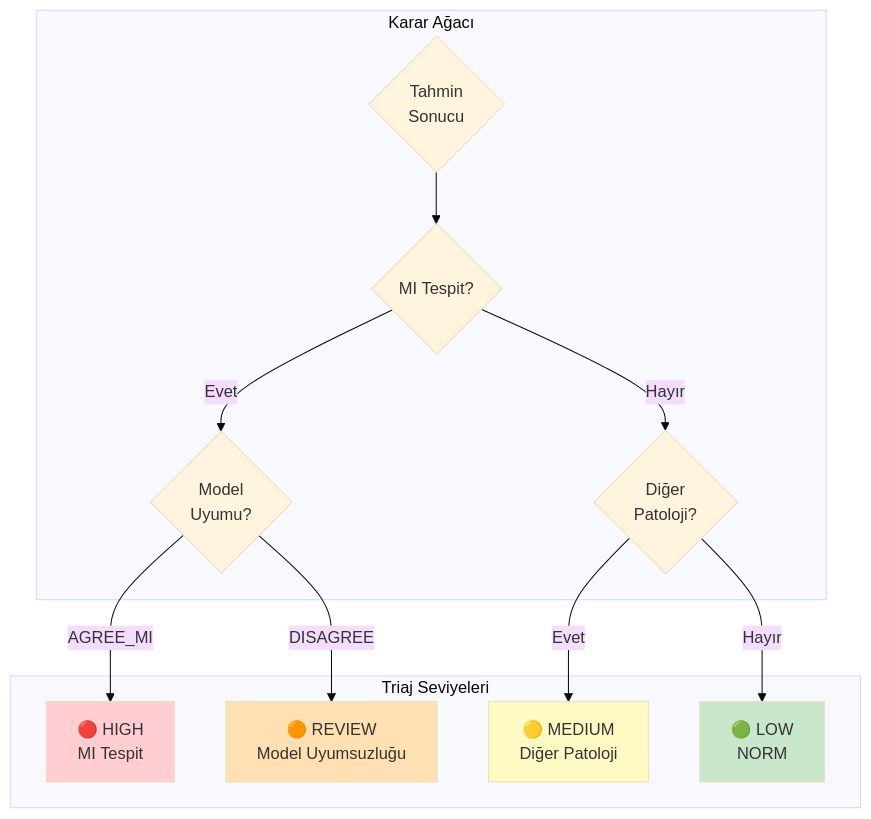
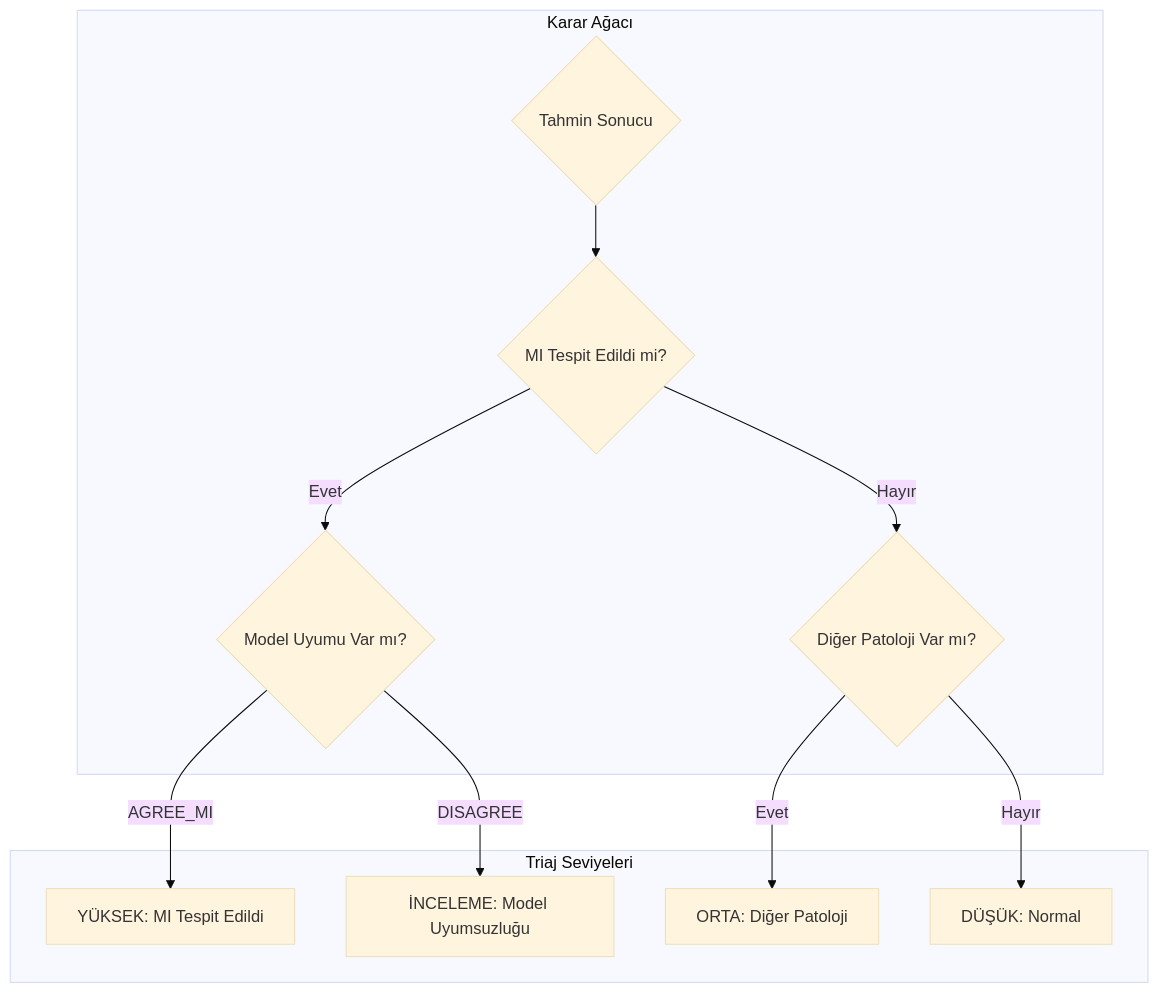
One commit to mUsaulug/CardioGuard-AI changed the seventh of 8 diagrams in docs/diagrams/02_use_case_diagram.md. Above: the diagram before and after it, drawn with Mermaid (base theme). The commit also changed other lines of this file and 5 other files, not shown here.

````diff
--- a/docs/diagrams/02_use_case_diagram.md
+++ b/docs/diagrams/02_use_case_diagram.md
@@ -387,31 +331,26 @@
 ```mermaid
 graph TD
-    subgraph Karar Ağacı
-        START{Tahmin<br/>Sonucu}
-        MI_CHECK{MI Tespit?}
-        OTHER_CHECK{Diğer<br/>Patoloji?}
-        AGREE_CHECK{Model<br/>Uyumu?}
+    subgraph Karar_Agaci["Karar Ağacı"]
+        START{"Tahmin Sonucu"}
+        MI_CHECK{"MI Tespit Edildi mi?"}
+        OTHER_CHECK{"Diğer Patoloji Var mı?"}
+        AGREE_CHECK{"Model Uyumu Var mı?"}
     end
     
-    subgraph Triaj Seviyeleri
-        HIGH["🔴 HIGH<br/>MI Tespit"]
-        MEDIUM["🟡 MEDIUM<br/>Diğer Patoloji"]
-        LOW["🟢 LOW<br/>NORM"]
-        REVIEW["🟠 REVIEW<br/>Model Uyumsuzluğu"]
+    subgraph Triaj_Seviyeleri["Triaj Seviyeleri"]
+        HIGH["YÜKSEK: MI Tespit Edildi"]
+        MEDIUM["ORTA: Diğer Patoloji"]
+        LOW["DÜŞÜK: Normal"]
+        REVIEW["İNCELEME: Model Uyumsuzluğu"]
     end
     
     START --> MI_CHECK
     MI_CHECK -->|Evet| AGREE_CHECK
     MI_CHECK -->|Hayır| OTHER_CHECK
     
     AGREE_CHECK -->|AGREE_MI| HIGH
     AGREE_CHECK -->|DISAGREE| REVIEW
     
     OTHER_CHECK -->|Evet| MEDIUM
     OTHER_CHECK -->|Hayır| LOW
-    
-    style HIGH fill:#ffcdd2
-    style MEDIUM fill:#fff9c4
-    style LOW fill:#c8e6c9
-    style REVIEW fill:#ffe0b2
 ```
````
